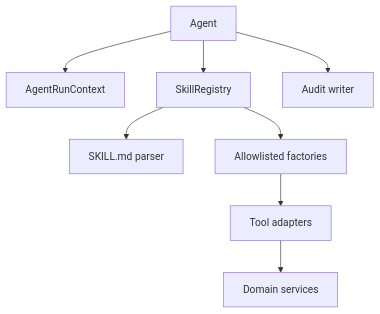
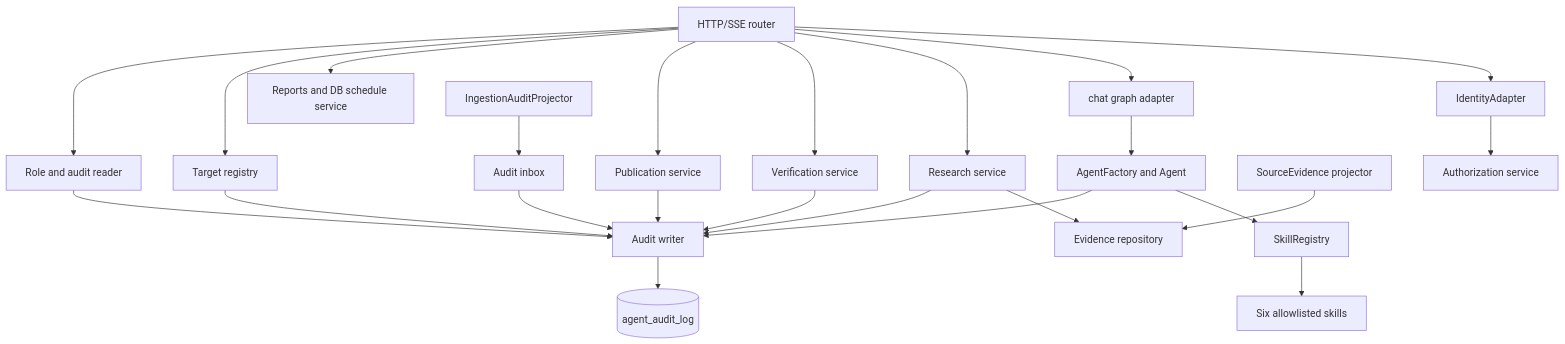
One commit to SashaEee/auditLens changed the third of 5 diagrams in docs/loophole/bmad/planning-artifacts/architecture/architecture-auditLens-2026-08-26/C4.md. Above: the diagram before and after it, drawn with Mermaid. The commit also changed other lines of this file and 12 other files, not shown here.

````diff
--- a/docs/loophole/bmad/planning-artifacts/architecture/architecture-auditLens-2026-08-26/C4.md
+++ b/docs/loophole/bmad/planning-artifacts/architecture/architecture-auditLens-2026-08-26/C4.md
@@ -30,10 +55,26 @@
 ```mermaid
 flowchart TD
-  Agent[Agent] --> Context[AgentRunContext]
+  Router[HTTP/SSE router] --> Identity[IdentityAdapter]
+  Identity --> Auth[Authorization service]
+  Router --> Chat[chat graph adapter]
+  Router --> Research[Research service]
+  Router --> Verify[Verification service]
+  Router --> Publish[Publication service]
+  Router --> Reports[Reports and DB schedule service]
+  Router --> Target[Target registry]
+  Router --> Admin[Role and audit reader]
+  Chat --> Agent[AgentFactory and Agent]
   Agent --> Registry[SkillRegistry]
-  Agent --> Audit[Audit writer]
-  Registry --> Manifest[SKILL.md parser]
-  Registry --> Factories[Allowlisted factories]
-  Factories --> Tools[Tool adapters]
-  Tools --> Services[Domain services]
+  Registry --> Skills[Six allowlisted skills]
+  Evidence[SourceEvidence projector] --> EvidenceRepo[Evidence repository]
+  Research --> EvidenceRepo
+  Attempt[IngestionAuditProjector] --> Inbox[Audit inbox]
+  Inbox --> Audit[Audit writer]
+  Research --> Audit
+  Verify --> Audit
+  Publish --> Audit
+  Target --> Audit
+  Admin --> Audit
+  Agent --> Audit
+  Audit --> AuditLog[(agent_audit_log)]
 ```
````
